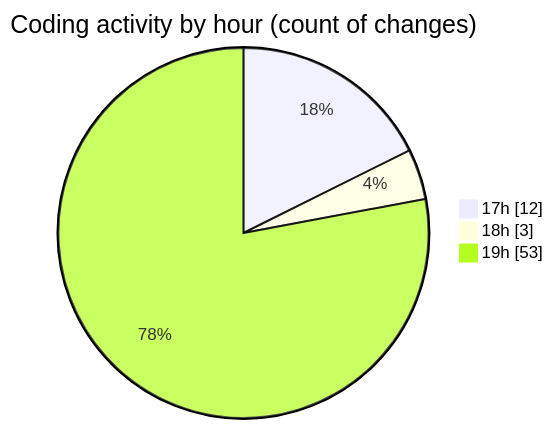
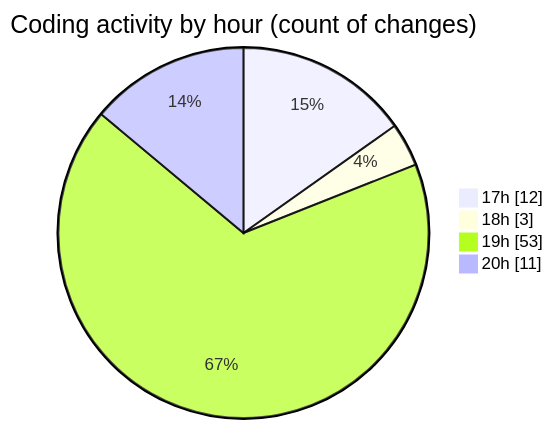
One commit to Ritupan-Deka/code-tracking changed the second of 2 diagrams in 2025-06-19/scopecraft/README.md. Above: the diagram before and after it, drawn with Mermaid. The commit also changed other lines of this file and 1 other file, not shown here.

````diff
--- a/2025-06-19/scopecraft/README.md
+++ b/2025-06-19/scopecraft/README.md
@@ -44,7 +44,8 @@
 ```mermaid
 pie showData
 title Coding activity by hour (count of changes)
 "17h" : 12
 "18h" : 3
 "19h" : 53
+"20h" : 11
 ```
````
